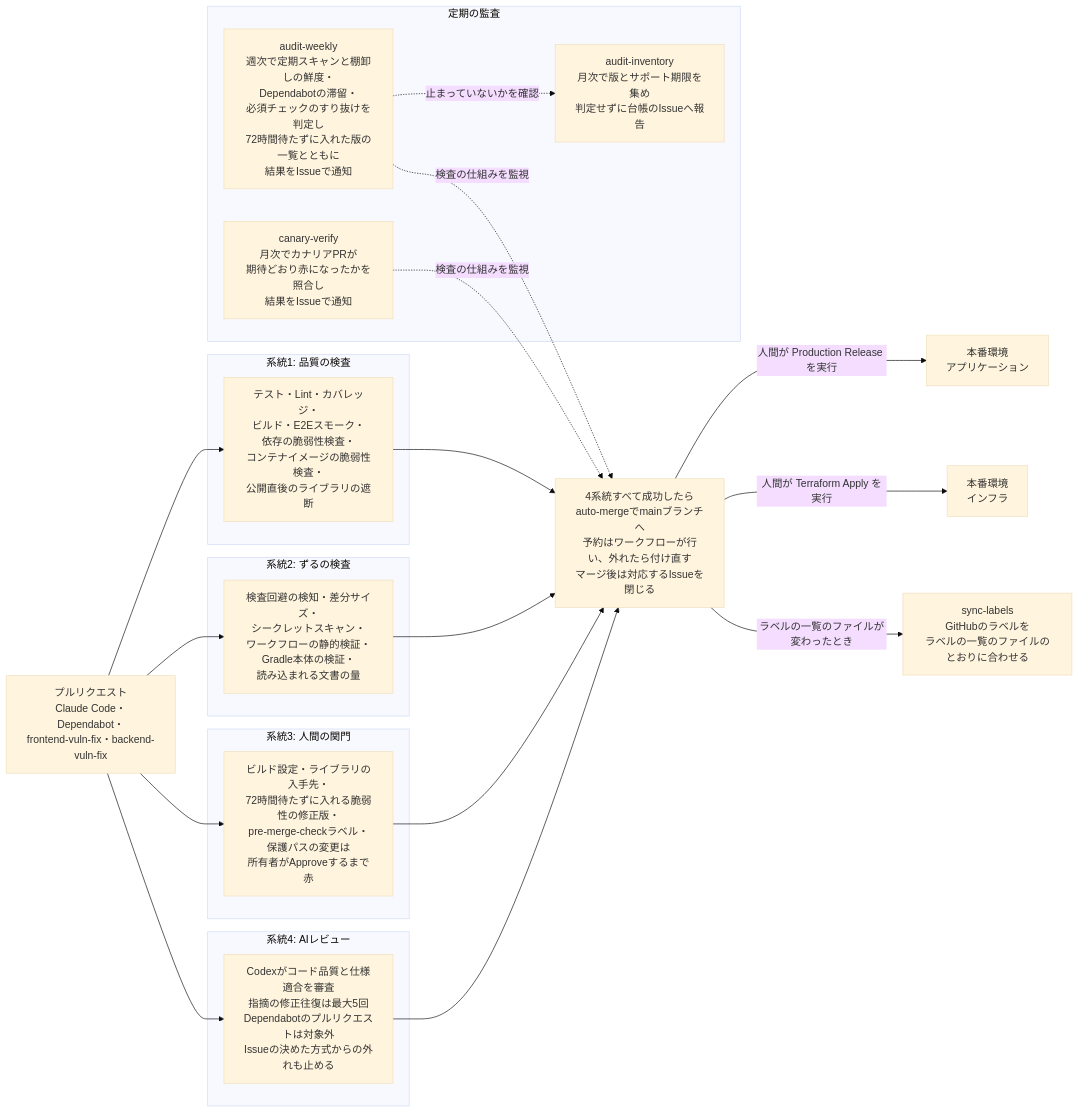
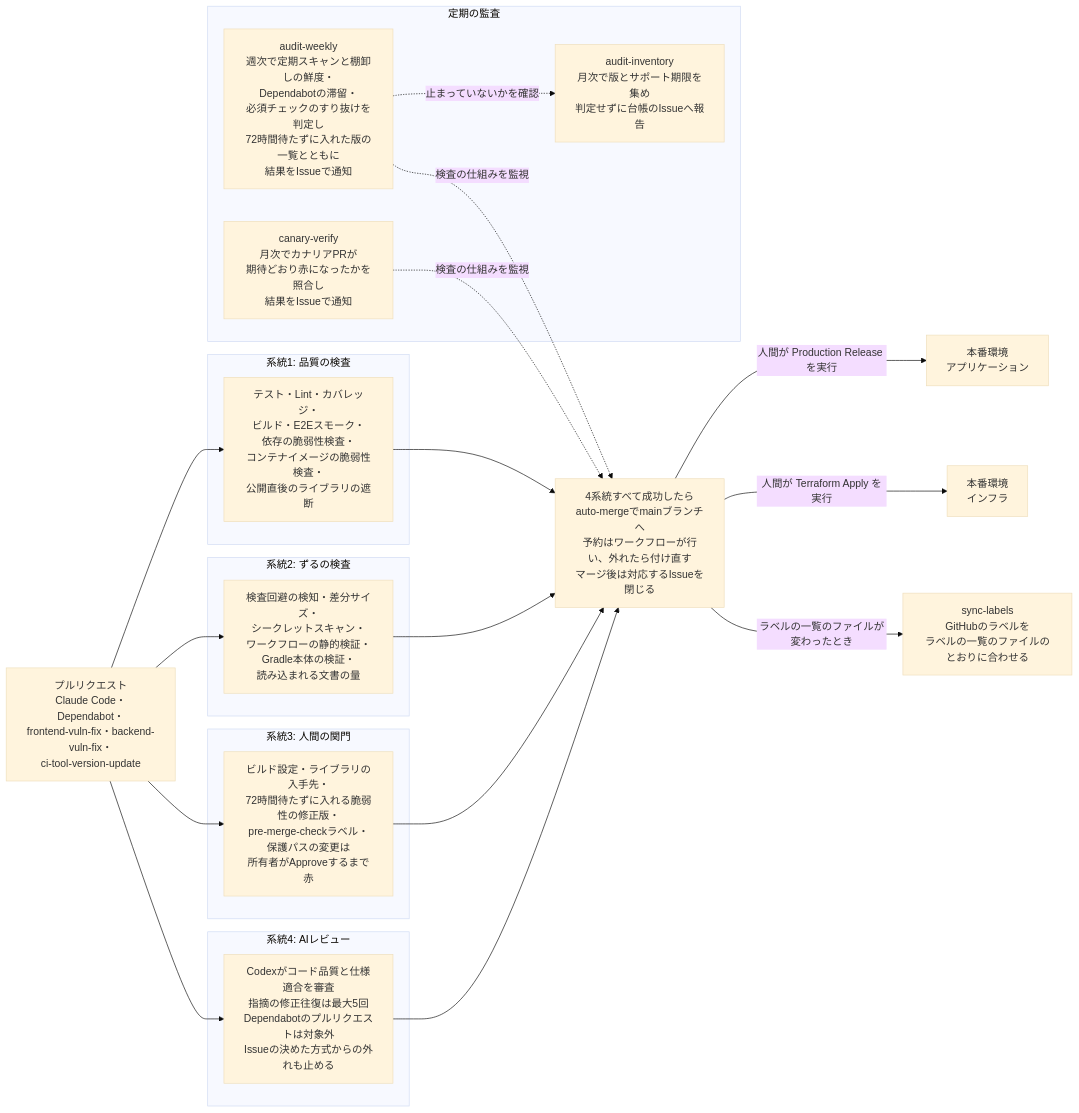
One commit to DogisRiki/KeirekiPro changed the first of 2 diagrams in README.md. Above: the diagram before and after it, drawn with Mermaid (base theme). The commit also changed other lines of this file and 3 other files, not shown here.

First line of the commit message:
feat(ci-tool-version-auto-update): 文書を新しい仕組みに合わせる

````diff
--- a/README.md
+++ b/README.md
@@ -53,37 +53,37 @@
 ```mermaid
 flowchart LR
-    PR[プルリクエスト<br>Claude Code・Dependabot・<br>frontend-vuln-fix・backend-vuln-fix]
+    PR[プルリクエスト<br>Claude Code・Dependabot・<br>frontend-vuln-fix・backend-vuln-fix・<br>ci-tool-version-update]
 
     subgraph s1[系統1: 品質の検査]
         Q[テスト・Lint・カバレッジ・<br>ビルド・E2Eスモーク・<br>依存の脆弱性検査・<br>コンテナイメージの脆弱性検査・<br>公開直後のライブラリの遮断]
     end
     subgraph s2[系統2: ずるの検査]
         Z[検査回避の検知・差分サイズ・<br>シークレットスキャン・<br>ワークフローの静的検証・<br>Gradle本体の検証・<br>読み込まれる文書の量]
     end
     subgraph s3[系統3: 人間の関門]
         H[ビルド設定・ライブラリの入手先・<br>72時間待たずに入れる脆弱性の修正版・<br>pre-merge-checkラベル・保護パスの変更は<br>所有者がApproveするまで赤]
     end
     subgraph s4[系統4: AIレビュー]
         A[Codexがコード品質と仕様適合を審査<br>指摘の修正往復は最大5回<br>Dependabotのプルリクエストは対象外<br>Issueの決めた方式からの外れも止める]
     end
 
     PR --> Q
     PR --> Z
     PR --> H
     PR --> A
 
     Q & Z & H & A --> M[4系統すべて成功したら<br>auto-mergeでmainブランチへ<br>予約はワークフローが行い、外れたら付け直す<br>マージ後は対応するIssueを閉じる]
 
     M -->|人間が Production Release を実行| App[本番環境<br>アプリケーション]
     M -->|人間が Terraform Apply を実行| Infra[本番環境<br>インフラ]
     M -->|ラベルの一覧のファイルが変わったとき| Labels[sync-labels<br>GitHubのラベルを<br>ラベルの一覧のファイルのとおりに合わせる]
 
     subgraph s5[定期の監査]
         AW[audit-weekly<br>週次で定期スキャンと棚卸しの鮮度・<br>Dependabotの滞留・<br>必須チェックのすり抜けを判定し<br>72時間待たずに入れた版の一覧とともに<br>結果をIssueで通知]
         CV[canary-verify<br>月次でカナリアPRが<br>期待どおり赤になったかを照合し<br>結果をIssueで通知]
         AI[audit-inventory<br>月次で版とサポート期限を集め<br>判定せずに台帳のIssueへ報告]
     end
 
     AW & CV -.検査の仕組みを監視.-> M
     AW -.止まっていないかを確認.-> AI
 ```
````
